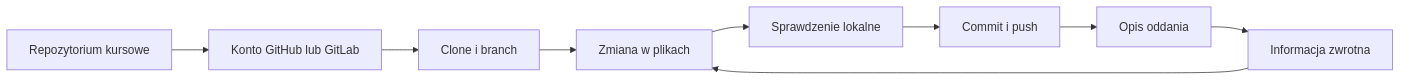
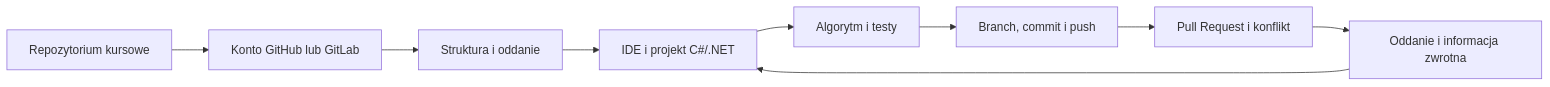
One commit to tborzyszkowski/warsztat-programisty-pjatk changed the diagram in src/01-organizacja/diagramy/mapa-sciezki.mmd. Above: the diagram before and after it, drawn with Mermaid. The commit also changed 17 other files, not shown here.

```diff
--- a/src/01-organizacja/diagramy/mapa-sciezki.mmd
+++ b/src/01-organizacja/diagramy/mapa-sciezki.mmd
@@ -1,9 +1,9 @@
 flowchart LR
     A[Repozytorium kursowe] --> B[Konto GitHub lub GitLab]
-    B --> C[Clone i branch]
-    C --> D[Zmiana w plikach]
-    D --> E[Sprawdzenie lokalne]
-    E --> F[Commit i push]
-    F --> G[Opis oddania]
-    G --> H[Informacja zwrotna]
+    B --> C[Struktura i oddanie]
+    C --> D[IDE i projekt C#/.NET]
+    D --> E[Algorytm i testy]
+    E --> F[Branch, commit i push]
+    F --> G[Pull Request i konflikt]
+    G --> H[Oddanie i informacja zwrotna]
     H --> D
```
